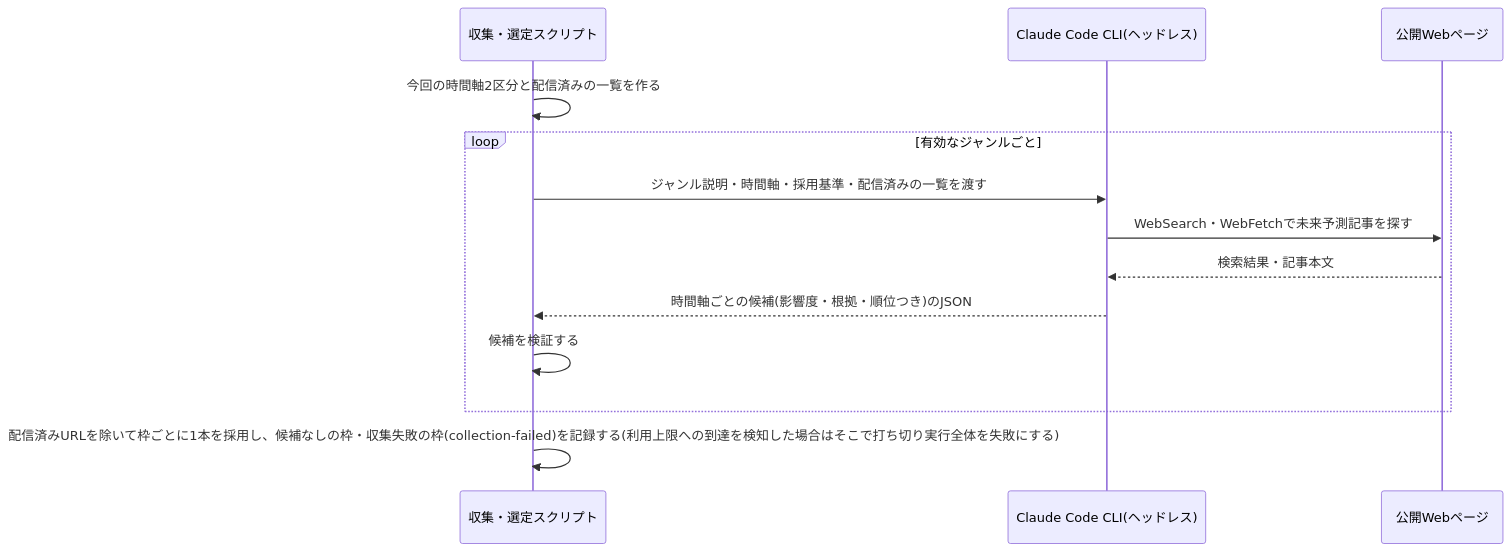
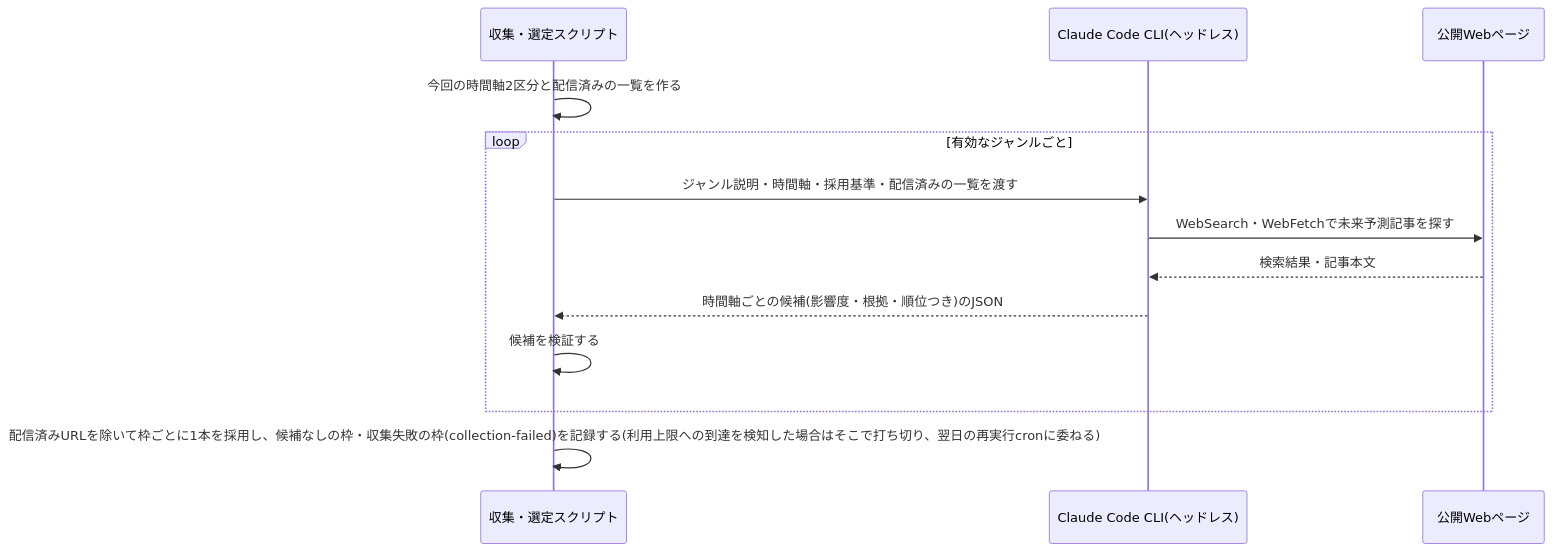
The diagram in specs/future-digest/content-selection/design.md (zakiyama0108/benriyatool), drawn with Mermaid before and after one commit. The commit also changed other lines of this file and 7 other files, not shown here.

````diff
--- a/specs/future-digest/content-selection/design.md
+++ b/specs/future-digest/content-selection/design.md
@@ -103,16 +103,16 @@
 ```mermaid
 sequenceDiagram
     participant script as 収集・選定スクリプト
     participant claude as Claude Code CLI(ヘッドレス)
     participant web as 公開Webページ
 
     script ->> script: 今回の時間軸2区分と配信済みの一覧を作る
     loop 有効なジャンルごと
         script ->> claude: ジャンル説明・時間軸・採用基準・配信済みの一覧を渡す
         claude ->> web: WebSearch・WebFetchで未来予測記事を探す
         web -->> claude: 検索結果・記事本文
         claude -->> script: 時間軸ごとの候補(影響度・根拠・順位つき)のJSON
         script ->> script: 候補を検証する
     end
-    script ->> script: 配信済みURLを除いて枠ごとに1本を採用し、候補なしの枠・収集失敗の枠(collection-failed)を記録する(利用上限への到達を検知した場合はそこで打ち切り実行全体を失敗にする)
+    script ->> script: 配信済みURLを除いて枠ごとに1本を採用し、候補なしの枠・収集失敗の枠(collection-failed)を記録する(利用上限への到達を検知した場合はそこで打ち切り、翌日の再実行cronに委ねる)
 ```
````
